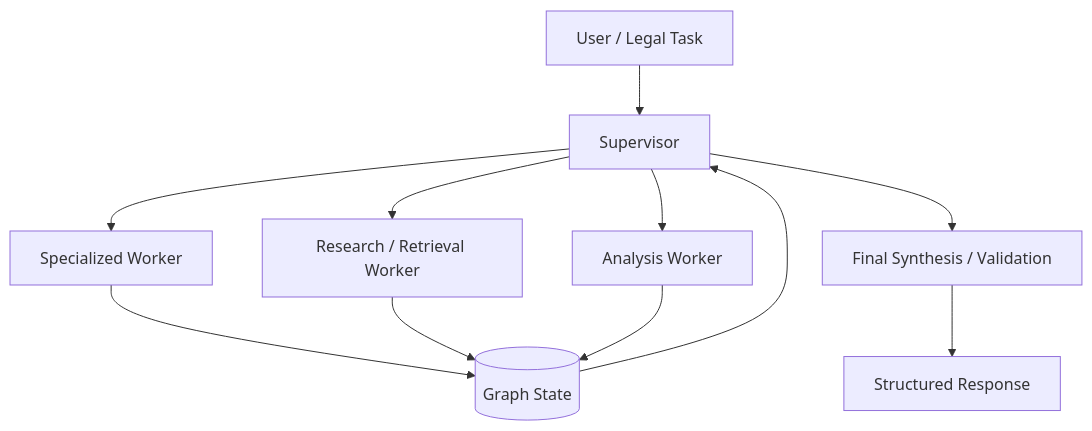
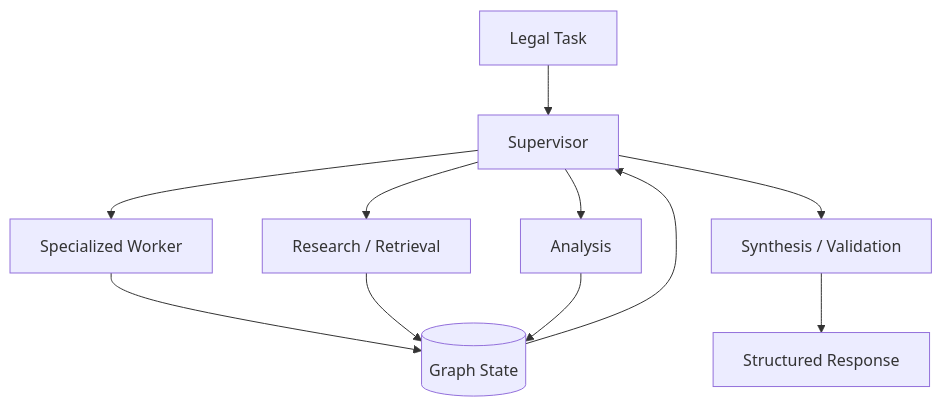
One commit to Yashvi-Vekariya/Yashvi-Vekariya changed the fifth of 7 diagrams in README.md. Above: the diagram before and after it, drawn with Mermaid. The commit also changed other lines of this file, not shown here.

````diff
--- a/README.md
+++ b/README.md
@@ -319,16 +671,13 @@
 ```mermaid
 flowchart TD
-    U[User / Legal Task] --> S[Supervisor]
-
-    S --> W1[Specialized Worker]
-    S --> W2[Research / Retrieval Worker]
-    S --> W3[Analysis Worker]
-
-    W1 --> ST[(Graph State)]
+    U["Legal Task"] --> S["Supervisor"]
+    S --> W1["Specialized Worker"]
+    S --> W2["Research / Retrieval"]
+    S --> W3["Analysis"]
+    W1 --> ST[("Graph State")]
     W2 --> ST
     W3 --> ST
-
     ST --> S
-    S --> V[Final Synthesis / Validation]
-    V --> O[Structured Response]
+    S --> V["Synthesis / Validation"]
+    V --> O["Structured Response"]
 ```
````
